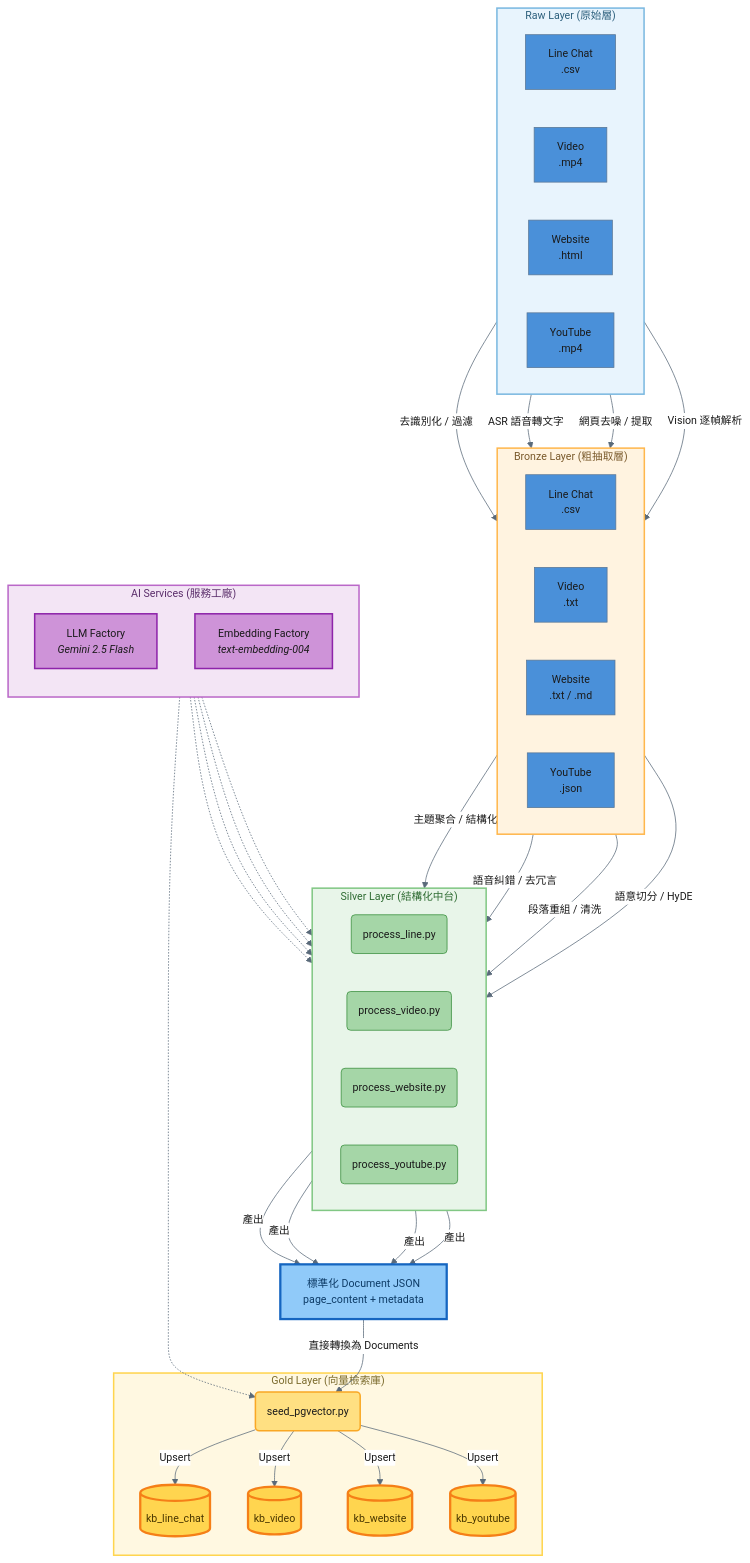
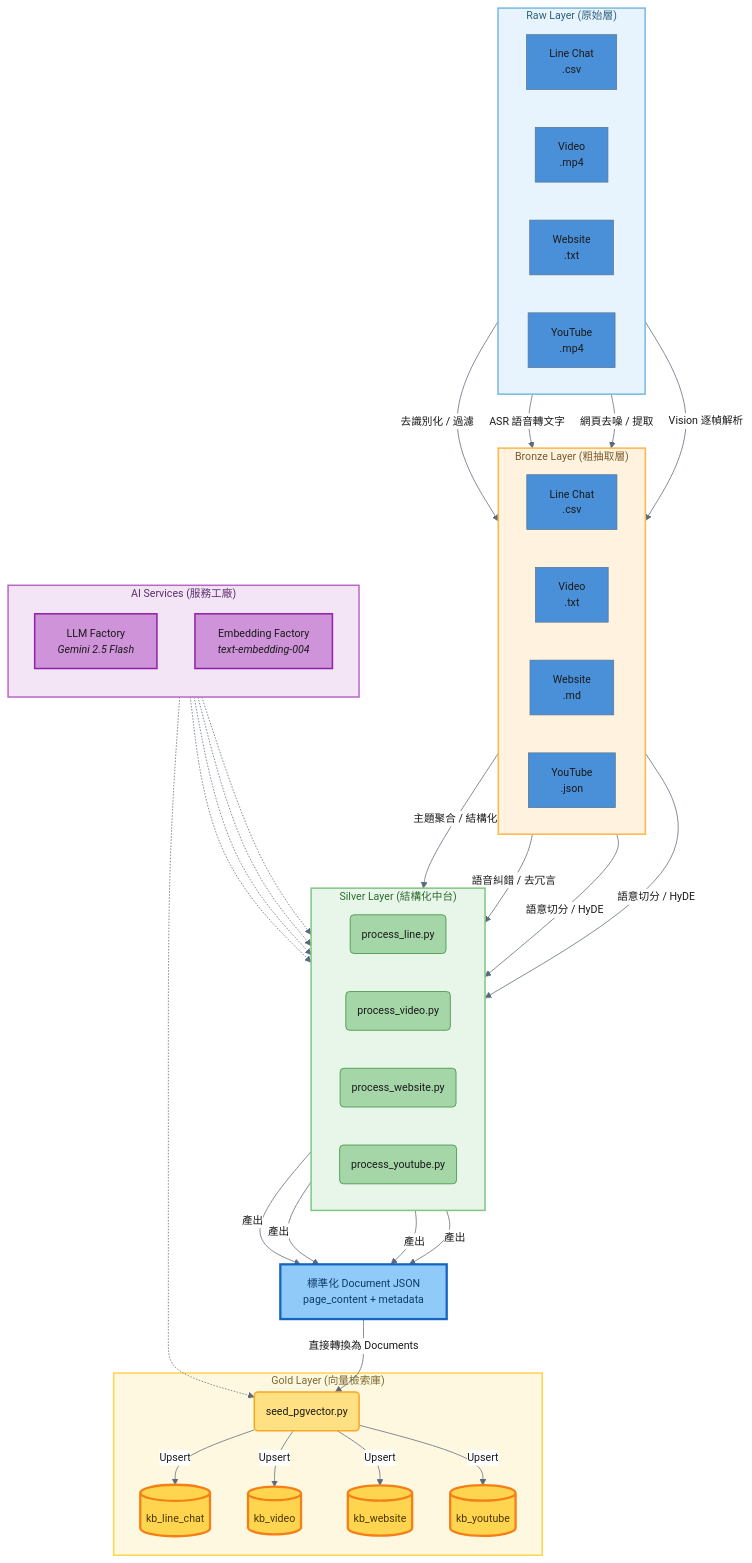
The diagram in docs/assets/architecture.mmd (Imding1211/lock_AI_data), drawn with Mermaid before and after one commit. The commit also changed 582 other files, not shown here.

```diff
--- a/docs/assets/architecture.mmd
+++ b/docs/assets/architecture.mmd
@@ -1,86 +1,86 @@
 ---
 config:
   layout: dagre
   theme: base
   themeVariables:
     primaryColor: '#4A90D9'
     primaryTextColor: '#1a1a1a'
     lineColor: '#5A6A7A'
     edgeLabelBackground: '#ffffff'
     tertiaryTextColor: '#1a1a1a'
     fontSize: 14px
 ---
 graph TD
     subgraph RAW ["Raw Layer (原始層)"]
         direction LR
         A1["Line Chat<br/>.csv"]
         A2["Video<br/>.mp4"]
-        A3["Website<br/>.html"]
+        A3["Website<br/>.txt"]
         A4["YouTube<br/>.mp4"]
     end
 
     subgraph BRONZE ["Bronze Layer (粗抽取層)"]
         direction LR
         B1["Line Chat<br/>.csv"]
         B2["Video<br/>.txt"]
-        B3["Website<br/>.txt / .md"]
+        B3["Website<br/>.md"]
         B4["YouTube<br/>.json"]
     end
 
     subgraph SILVER ["Silver Layer (結構化中台)"]
         direction LR
         C1("process_line.py")
         C2("process_video.py")
         C3("process_website.py")
         C4("process_youtube.py")
     end
 
     D["標準化 Document JSON<br/>page_content + metadata"]
 
     subgraph GOLD ["Gold Layer (向量檢索庫)"]
         E("seed_pgvector.py")
         F1[("kb_line_chat")]
         F2[("kb_video")]
         F3[("kb_website")]
         F4[("kb_youtube")]
     end
     A1 -->|"去識別化 / 過濾"| B1
     A2 -->|"ASR 語音轉文字"| B2
     A3 -->|"網頁去噪 / 提取"| B3
     A4 -->|"Vision 逐幀解析"| B4
 
     B1 -->|"主題聚合 / 結構化"| C1
     B2 -->|"語音糾錯 / 去冗言"| C2
-    B3 -->|"段落重組 / 清洗"| C3
+    B3 -->|"語意切分 / HyDE"| C3
     B4 -->|"語意切分 / HyDE"| C4
 
     C1 & C2 & C3 & C4 -->|"產出"| D
 
     D -->|"直接轉換為 Documents"| E
 
     E -->|"Upsert"| F1 & F2 & F3 & F4
     subgraph AI ["AI Services (服務工廠)"]
         direction TB
         LLM_F["LLM Factory<br/><i>Gemini 2.5 Flash</i>"]
         EMB_F["Embedding Factory<br/><i>text-embedding-004</i>"]
     end
 
     LLM_F -.-> C1 & C2 & C3 & C4
     EMB_F -.-> E
     style RAW fill:#E8F4FD,stroke:#7AB8E0,stroke-width:2px,color:#2C5F7C
     style BRONZE fill:#FFF3E0,stroke:#FFB74D,stroke-width:2px,color:#7A5A2C
     style SILVER fill:#E8F5E9,stroke:#81C784,stroke-width:2px,color:#2E6B32
     style GOLD fill:#FFF8E1,stroke:#FFD54F,stroke-width:2px,color:#7A6A2C
     style AI fill:#F3E5F5,stroke:#BA68C8,stroke-width:2px,color:#5A2D6A
     style LLM_F fill:#CE93D8,stroke:#8E24AA,stroke-width:2px,color:#1a1a1a
     style EMB_F fill:#CE93D8,stroke:#8E24AA,stroke-width:2px,color:#1a1a1a
     style D fill:#90CAF9,stroke:#1565C0,stroke-width:3px,color:#0D3B66
     style C1 fill:#A5D6A7,stroke:#388E3C,stroke-width:1px
     style C2 fill:#A5D6A7,stroke:#388E3C,stroke-width:1px
     style C3 fill:#A5D6A7,stroke:#388E3C,stroke-width:1px
     style C4 fill:#A5D6A7,stroke:#388E3C,stroke-width:1px
     style E fill:#FFE082,stroke:#F9A825,stroke-width:2px
     style F1 fill:#FFD54F,stroke:#F57F17,stroke-width:3px,color:#4A3700
     style F2 fill:#FFD54F,stroke:#F57F17,stroke-width:3px,color:#4A3700
     style F3 fill:#FFD54F,stroke:#F57F17,stroke-width:3px,color:#4A3700
     style F4 fill:#FFD54F,stroke:#F57F17,stroke-width:3px,color:#4A3700
```
